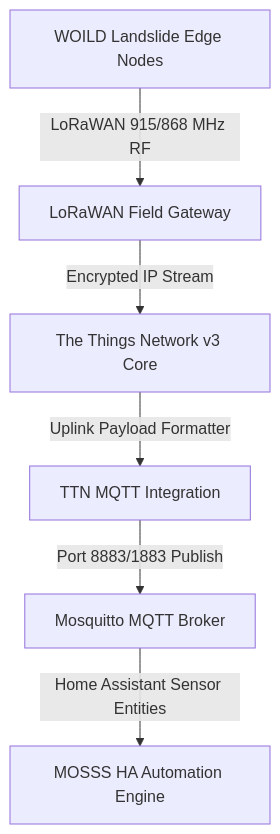
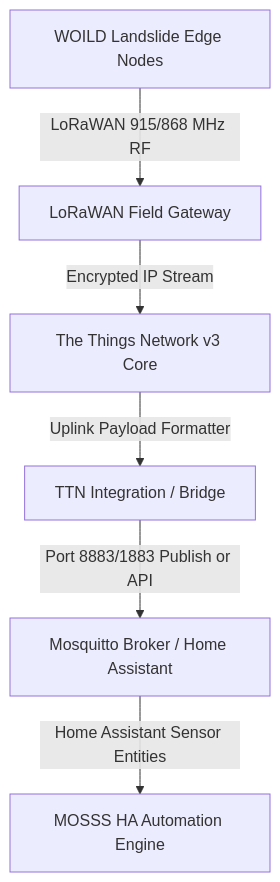
One commit to wint0178/Modular-Open-Source-Science-Station changed the diagram in docs/ch04-TTN-LoRa.md. Above: the diagram before and after it, drawn with Mermaid. The commit also changed other lines of this file and 1 other file, not shown here.

Commit message:
updated ch4.3 ttn

```diff
--- a/docs/ch04-TTN-LoRa.md
+++ b/docs/ch04-TTN-LoRa.md
@@ -13,8 +31,8 @@
 ~~~mermaid
 graph TD
     A[WOILD Landslide Edge Nodes] -->|LoRaWAN 915/868 MHz RF| B[LoRaWAN Field Gateway]
     B -->|Encrypted IP Stream| C[The Things Network v3 Core]
-    C -->|Uplink Payload Formatter| D[TTN MQTT Integration]
-    D -->|Port 8883/1883 Publish| E[Mosquitto MQTT Broker]
+    C -->|Uplink Payload Formatter| D[TTN Integration / Bridge]
+    D -->|Port 8883/1883 Publish or API| E[Mosquitto Broker / Home Assistant]
     E -->|Home Assistant Sensor Entities| F[MOSSS HA Automation Engine]
 ~~~
```
